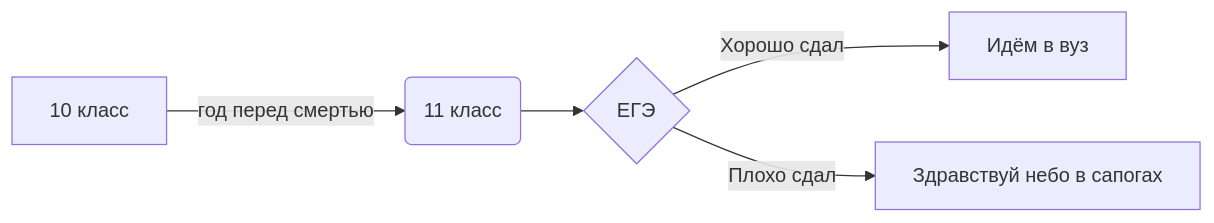
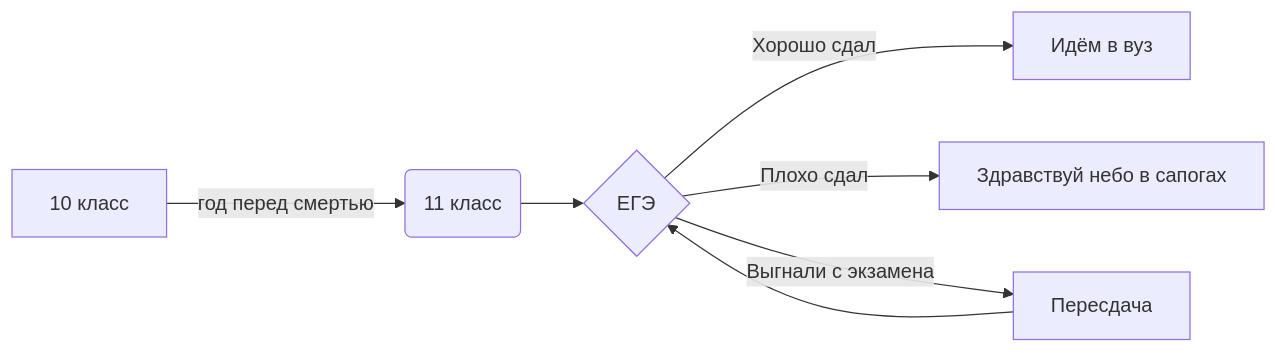
One commit to VladOsIkkkk/Reposit142 changed the diagram in README.md. Above: the diagram before and after it, drawn with Mermaid.

````diff
--- a/README.md
+++ b/README.md
@@ -39,8 +39,10 @@
 ```mermaid
 flowchart LR
 
 A[10 класс] -->|год перед смертью| B(11 класс)
 B --> C{ЕГЭ}
 C -->|Хорошо сдал| D[Идём в вуз]
 C -->|Плохо сдал| E[Здравствуй небо в сапогах]
+C -->|Выгнали с экзамена| F[Пересдача]
+F --> C{ЕГЭ}
 ```
````
